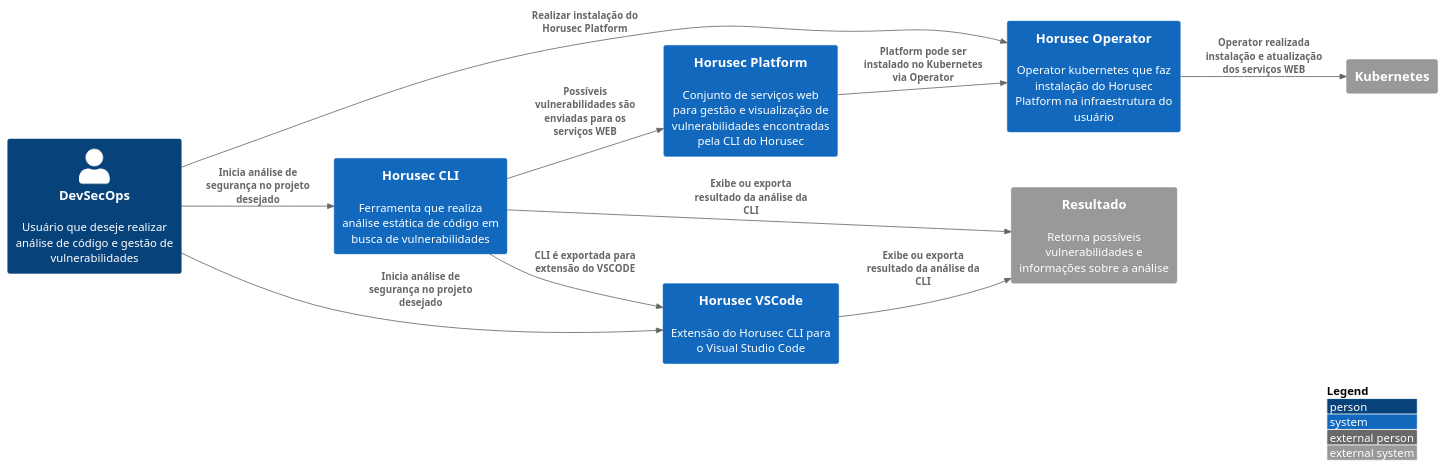
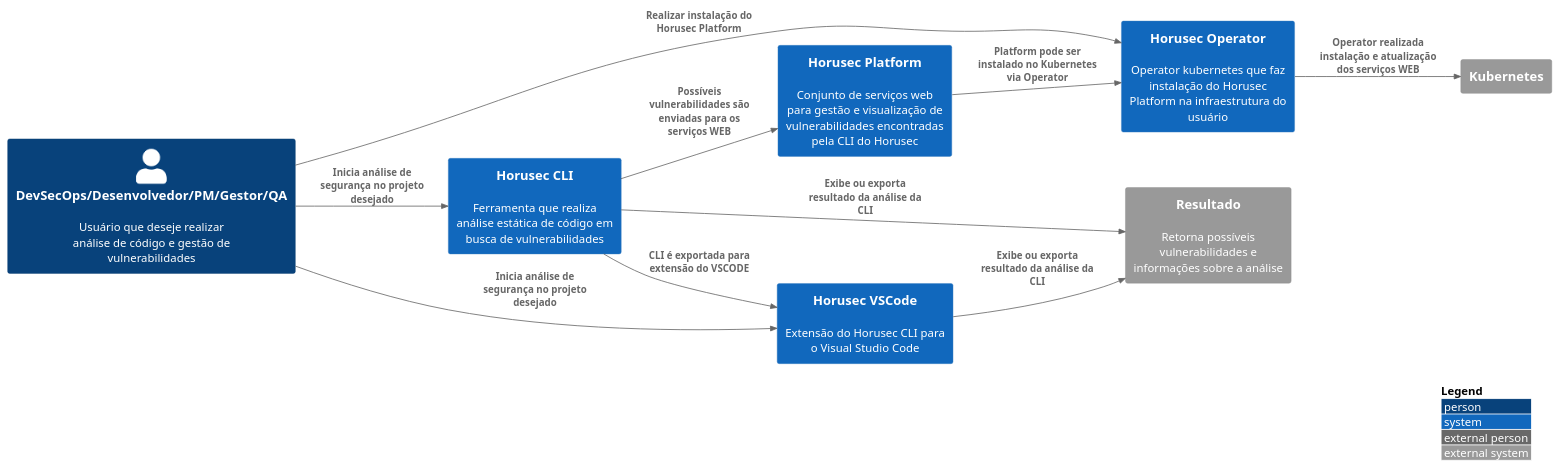
One commit to ZupIT/horusec-c4model changed the diagram in src/C1 - Context/c1.puml. Above: the diagram before and after it, drawn with PlantUML. The commit also changed 5 other files, not shown here.

```diff
--- a/src/C1 - Context/c1.puml
+++ b/src/C1 - Context/c1.puml
@@ -1,30 +1,30 @@
 @startuml horusec-c1
 !include https://raw.githubusercontent.com/adrianvlupu/C4-PlantUML/latest/C4_Context.puml
 
 LAYOUT_WITH_LEGEND()
 LAYOUT_LEFT_RIGHT()
 
-Person(user, "DevSecOps", "Usuário que deseje realizar análise de código e gestão de vulnerabilidades")
+Person(user, "DevSecOps/Desenvolvedor/PM/Gestor/QA", "Usuário que deseje realizar análise de código e gestão de vulnerabilidades")
 
 System(horusecCLI, "Horusec CLI", "Ferramenta que realiza análise estática de código em busca de vulnerabilidades")
 System(horusecPlatform, "Horusec Platform", "Conjunto de serviços web para gestão e visualização de vulnerabilidades encontradas pela CLI do Horusec")
 System(horusecOperator, "Horusec Operator", "Operator kubernetes que faz instalação do Horusec Platform na infraestrutura do usuário")
 System(horusecVSCode, "Horusec VSCode", "Extensão do Horusec CLI para o Visual Studio Code")
 
 System_Ext(response, "Resultado", "Retorna possíveis vulnerabilidades e informações sobre a análise")
 System_Ext(kubernetes, "Kubernetes")
 
 Rel(user, horusecCLI, "Inicia análise de segurança no projeto desejado")
 Rel(user, horusecOperator, "Realizar instalação do Horusec Platform")
 Rel(user, horusecVSCode, "Inicia análise de segurança no projeto desejado")
 
 Rel(horusecCLI, horusecPlatform, "Possíveis vulnerabilidades são enviadas para os serviços WEB")
 Rel(horusecCLI, horusecVSCode, "CLI é exportada para extensão do VSCODE")
 
 Rel(horusecCLI, response, "Exibe ou exporta resultado da análise da CLI")
 Rel(horusecVSCode, response, "Exibe ou exporta resultado da análise da CLI")
 
 Rel(horusecPlatform, horusecOperator, "Platform pode ser instalado no Kubernetes via Operator")
 
 Rel(horusecOperator, kubernetes , "Operator realizada instalação e atualização dos serviços WEB")
 @enduml
```
